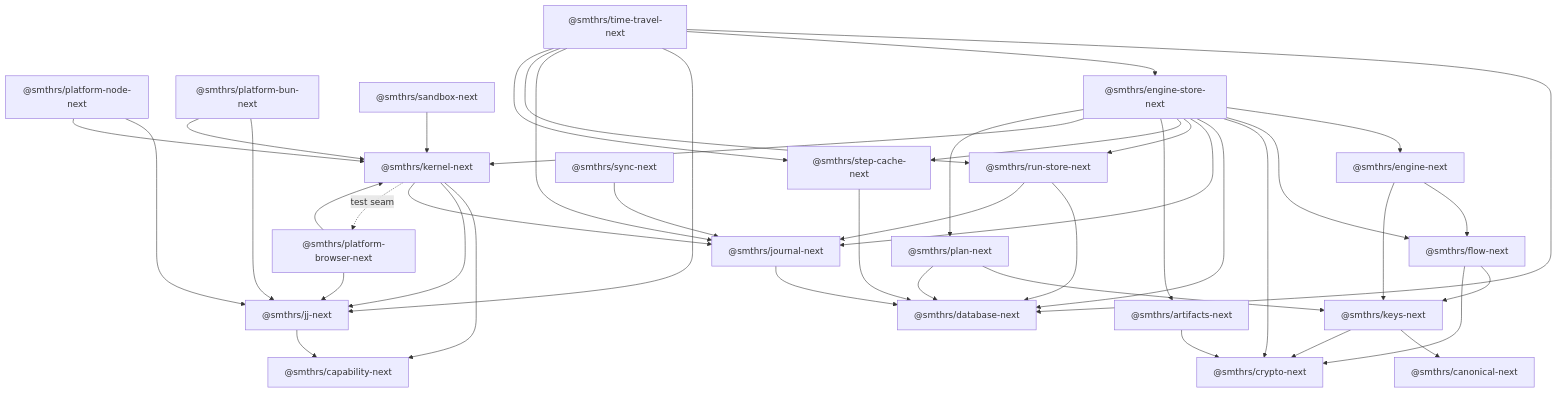
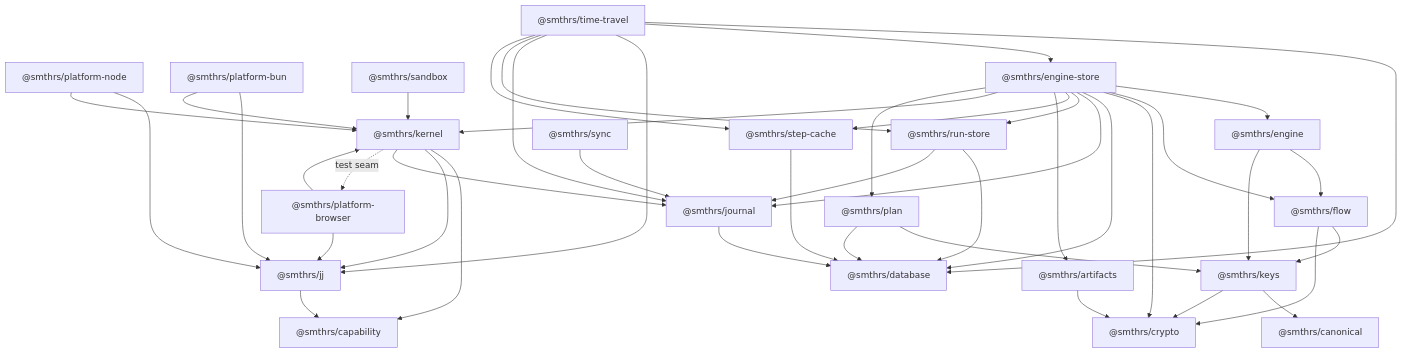
One commit to smithersai/flows changed the diagram in docs/architecture/package-map.md. Above: the diagram before and after it, drawn with Mermaid. The commit also changed other lines of this file and 793 other files, not shown here.

````diff
--- a/docs/architecture/package-map.md
+++ b/docs/architecture/package-map.md
@@ -7,55 +7,55 @@
 ```mermaid
 flowchart TD
-  PN["@smthrs/platform-node-next"]
-  PBUN["@smthrs/platform-bun-next"]
-  JJ["@smthrs/jj-next"]
-  SB["@smthrs/sandbox-next"]
-  PB["@smthrs/platform-browser-next"]
-  D["@smthrs/database-next"]
-  C["@smthrs/canonical-next"]
-  Crypto["@smthrs/crypto-next"]
-  CAP["@smthrs/capability-next"]
+  PN["@smthrs/platform-node"]
+  PBUN["@smthrs/platform-bun"]
+  JJ["@smthrs/jj"]
+  SB["@smthrs/sandbox"]
+  PB["@smthrs/platform-browser"]
+  D["@smthrs/database"]
+  C["@smthrs/canonical"]
+  Crypto["@smthrs/crypto"]
+  CAP["@smthrs/capability"]
 
-  J["@smthrs/journal-next"] --> D
-  RS["@smthrs/run-store-next"] --> D
+  J["@smthrs/journal"] --> D
+  RS["@smthrs/run-store"] --> D
   RS --> J
-  SC["@smthrs/step-cache-next"] --> D
-  A["@smthrs/artifacts-next"] --> Crypto
+  SC["@smthrs/step-cache"] --> D
+  A["@smthrs/artifacts"] --> Crypto
   PB --> JJ
   PB --> K
   PN --> JJ
   PN --> K
   PBUN --> JJ
   PBUN --> K
   SB --> K
-  K["@smthrs/kernel-next"] --> CAP
+  K["@smthrs/kernel"] --> CAP
   K --> JJ
   K --> J
   K -.test seam.-> PB
   JJ --> CAP
-  F["@smthrs/flow-next"] --> Keys["@smthrs/keys-next"]
+  F["@smthrs/flow"] --> Keys["@smthrs/keys"]
   F --> Crypto
-  W["@smthrs/engine-next"] --> F
+  W["@smthrs/engine"] --> F
   W --> Keys
   Keys --> C
   Keys --> Crypto
-  P["@smthrs/plan-next"] --> Keys
+  P["@smthrs/plan"] --> Keys
   P --> D
-  E["@smthrs/engine-store-next"] --> W
+  E["@smthrs/engine-store"] --> W
   E --> F
   E --> Crypto
   E --> D
   E --> J
   E --> RS
   E --> SC
   E --> A
   E --> K
   E --> P
-  S["@smthrs/sync-next"] --> J
-  T["@smthrs/time-travel-next"] --> D
+  S["@smthrs/sync"] --> J
+  T["@smthrs/time-travel"] --> D
   T --> E
   T --> JJ
   T --> J
   T --> RS
   T --> SC
 ```
````
